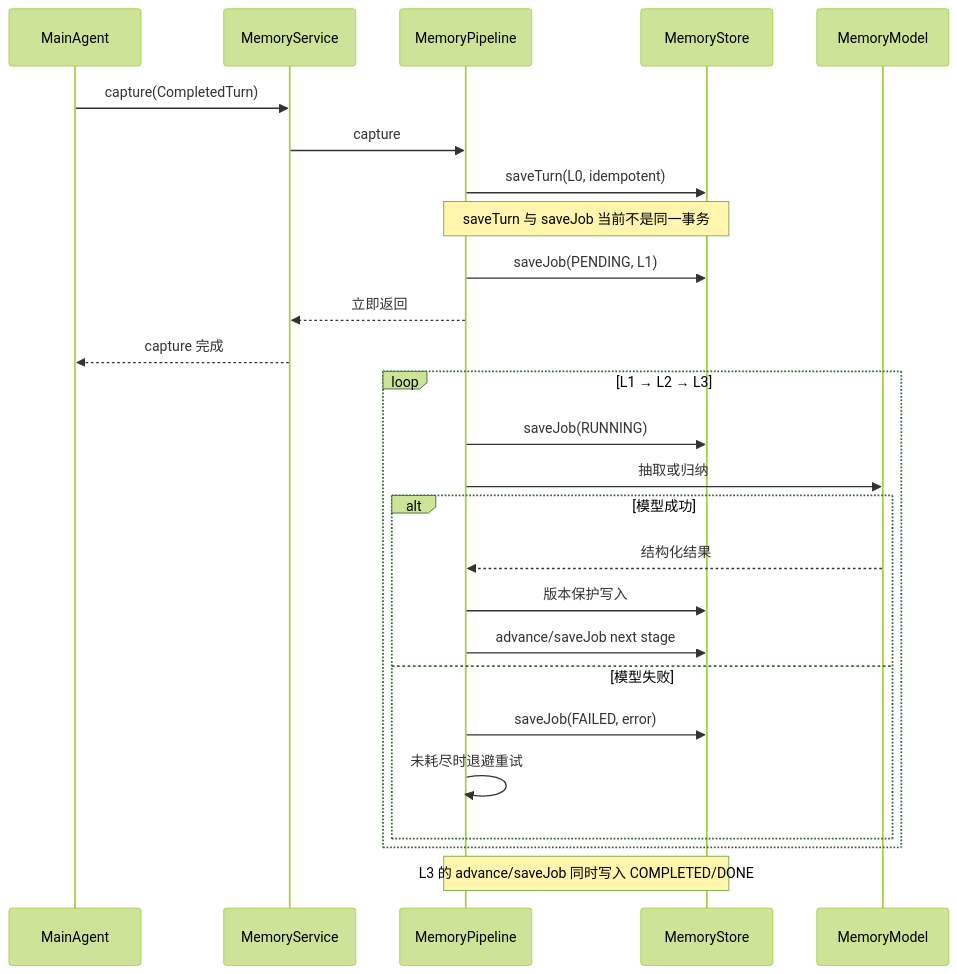
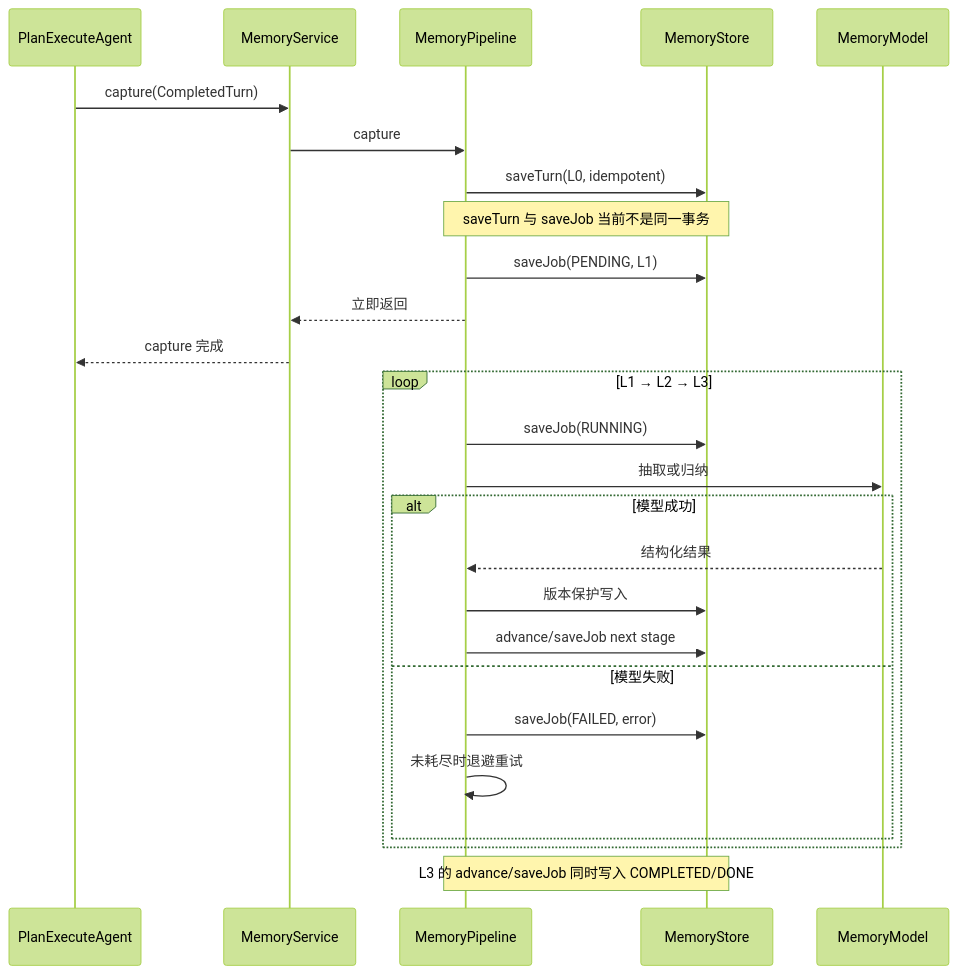
Before and after one commit to JavaBoy-Zeng/agent-platform: the second of 2 diagrams in docs/AGENT_MEMORY_INTERVIEW.md, drawn with Mermaid (forest theme). The commit also changed other lines of this file and 179 other files, not shown here.

````diff
--- a/docs/AGENT_MEMORY_INTERVIEW.md
+++ b/docs/AGENT_MEMORY_INTERVIEW.md
@@ -151,31 +151,31 @@
 ```mermaid
 sequenceDiagram
-    participant A as MainAgent
+    participant A as PlanExecuteAgent
     participant S as MemoryService
     participant P as MemoryPipeline
     participant DB as MemoryStore
     participant M as MemoryModel
 
     A->>S: capture(CompletedTurn)
     S->>P: capture
     P->>DB: saveTurn(L0, idempotent)
     Note over P,DB: saveTurn 与 saveJob 当前不是同一事务
     P->>DB: saveJob(PENDING, L1)
     P-->>S: 立即返回
     S-->>A: capture 完成
 
     loop L1 → L2 → L3
         P->>DB: saveJob(RUNNING)
         P->>M: 抽取或归纳
         alt 模型成功
             M-->>P: 结构化结果
             P->>DB: 版本保护写入
             P->>DB: advance/saveJob next stage
         else 模型失败
             P->>DB: saveJob(FAILED, error)
             P->>P: 未耗尽时退避重试
         end
     end
 
     Note over P,DB: L3 的 advance/saveJob 同时写入 COMPLETED/DONE
 ```
````
